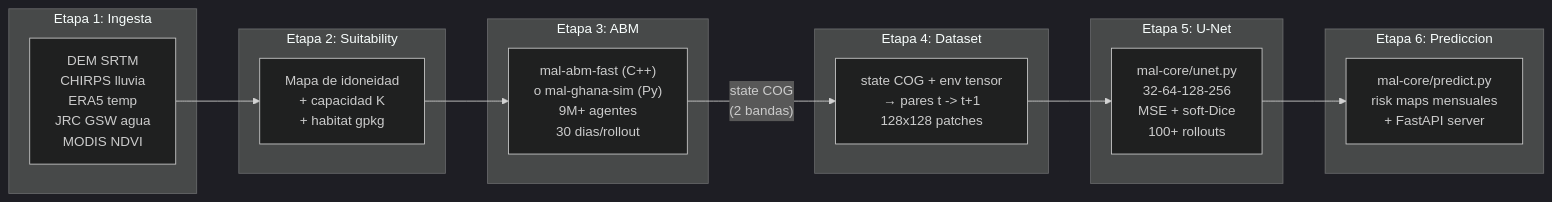
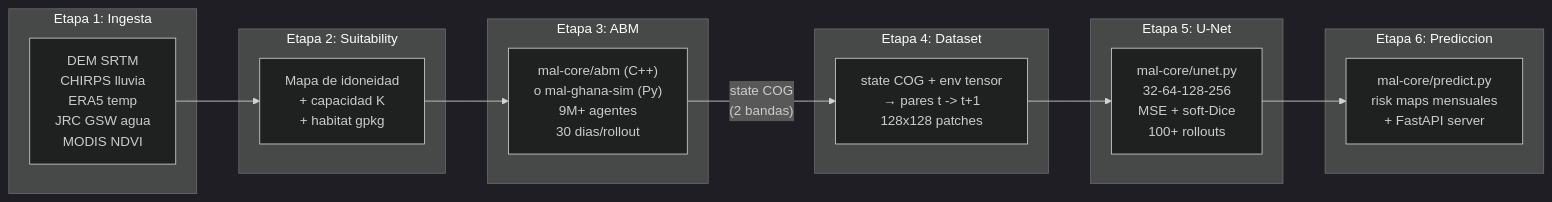
Before and after one commit to ANFAIA/MalariaSentinel: the first of 14 diagrams in docs/system-status.md, drawn with Mermaid (dark theme). The commit also changed other lines of this file and 11 other files, not shown here.

````diff
--- a/docs/system-status.md
+++ b/docs/system-status.md
@@ -11,31 +11,31 @@
 ```mermaid
 graph LR
     subgraph ETAPA1["Etapa 1: Ingesta"]
         I["DEM SRTM<br/>CHIRPS lluvia<br/>ERA5 temp<br/>JRC GSW agua<br/>MODIS NDVI"]
     end
 
     subgraph ETAPA2["Etapa 2: Suitability"]
         S["Mapa de idoneidad<br/>+ capacidad K<br/>+ habitat gpkg"]
     end
 
     subgraph ETAPA3["Etapa 3: ABM"]
-        ABM["mal-abm-fast (C++)<br/>o mal-ghana-sim (Py)<br/>9M+ agentes<br/>30 dias/rollout"]
+        ABM["mal-core/abm (C++)<br/>o mal-ghana-sim (Py)<br/>9M+ agentes<br/>30 dias/rollout"]
     end
 
     subgraph ETAPA4["Etapa 4: Dataset"]
         D["state COG + env tensor<br/>→ pares t -> t+1<br/>128x128 patches"]
     end
 
     subgraph ETAPA5["Etapa 5: U-Net"]
         UN["mal-core/unet.py<br/>32-64-128-256<br/>MSE + soft-Dice<br/>100+ rollouts"]
     end
 
     subgraph ETAPA6["Etapa 6: Prediccion"]
         P["mal-core/predict.py<br/>risk maps mensuales<br/>+ FastAPI server"]
     end
 
     I --> S --> ABM
     ABM -->|"state COG<br/>(2 bandas)"| D
     D --> UN
     UN --> P
 ```
````
